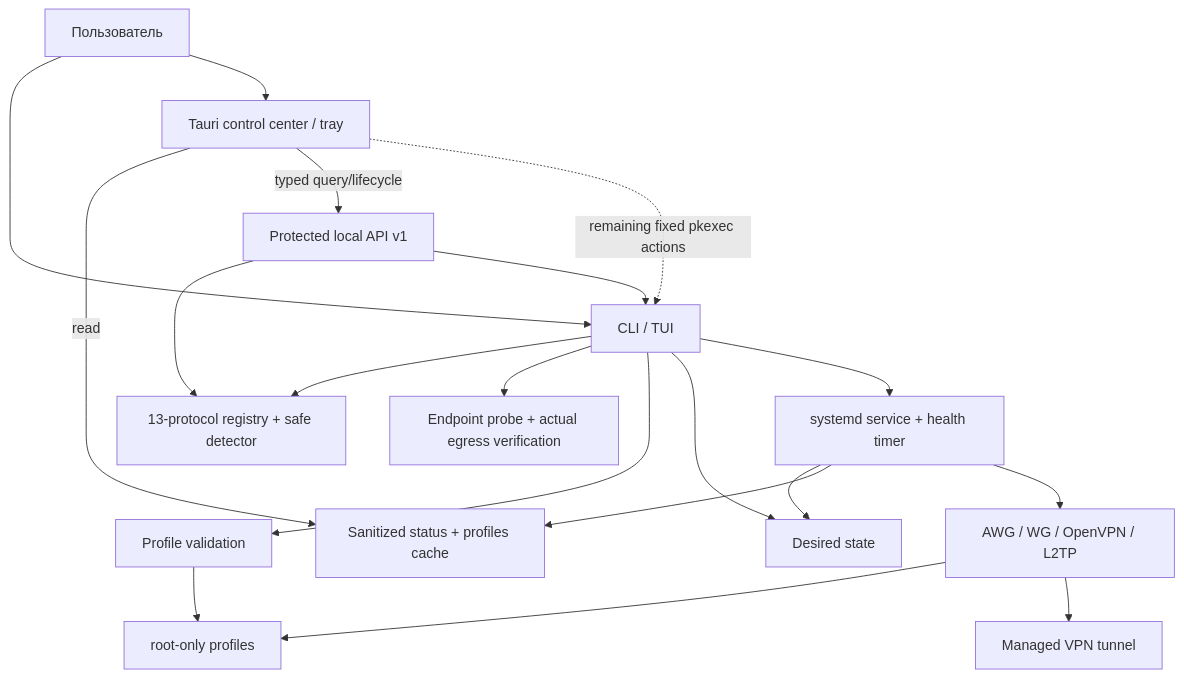
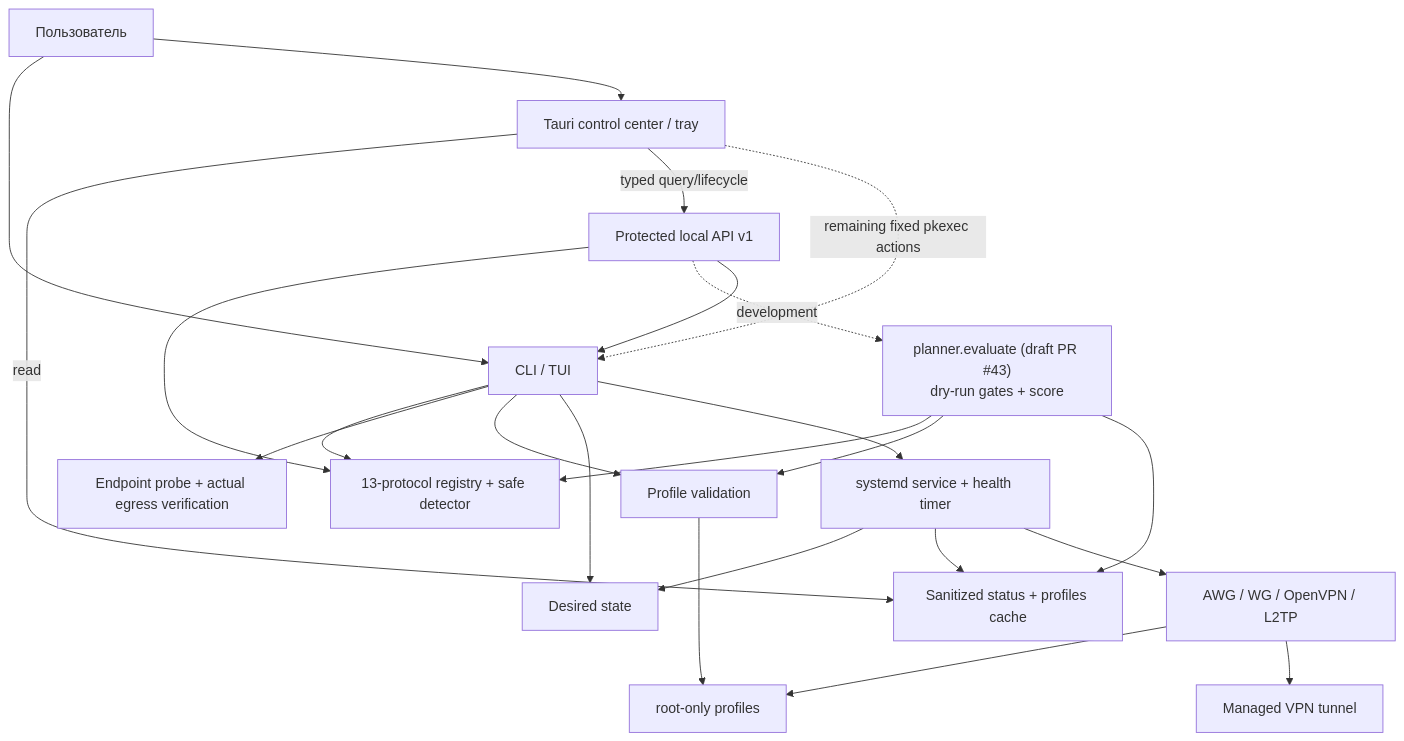
One commit to mazurovn/mazzy-vpn changed the first of 3 diagrams in wiki/Architecture.md. Above: the diagram before and after it, drawn with Mermaid. The commit also changed other lines of this file and 21 other files, not shown here.

Commit message:
fix(api): harden planner trust and deadlines

````diff
--- a/wiki/Architecture.md
+++ b/wiki/Architecture.md
@@ -10,35 +10,40 @@
 ```mermaid
 flowchart TB
     User["Пользователь"]
     TUI["CLI / TUI"]
     Desktop["Tauri control center / tray"]
     API["Protected local API v1"]
     Registry["13-protocol registry + safe detector"]
+    Planner["planner.evaluate (draft PR #43)<br/>dry-run gates + score"]
     Cache["Sanitized status + profiles cache"]
     Verify["Endpoint probe + actual egress verification"]
     Validate["Profile validation"]
     State["Desired state"]
     Systemd["systemd service + health timer"]
     Engines["AWG / WG / OpenVPN / L2TP"]
     Profiles["root-only profiles"]
     Tunnel["Managed VPN tunnel"]
 
     User --> TUI
     User --> Desktop
     Desktop -->|read| Cache
     Desktop -->|typed query/lifecycle| API
     TUI --> Registry
     API --> Registry
+    API -. development .-> Planner
+    Planner --> Registry
+    Planner --> Validate
+    Planner --> Cache
     API --> TUI
     Desktop -. remaining fixed pkexec actions .-> TUI
     TUI --> Verify
     TUI --> Validate
     Validate --> Profiles
     TUI --> State
     TUI --> Systemd
     Systemd --> State
     Systemd --> Cache
     Systemd --> Engines
     Engines --> Profiles
     Engines --> Tunnel
 ```
````
